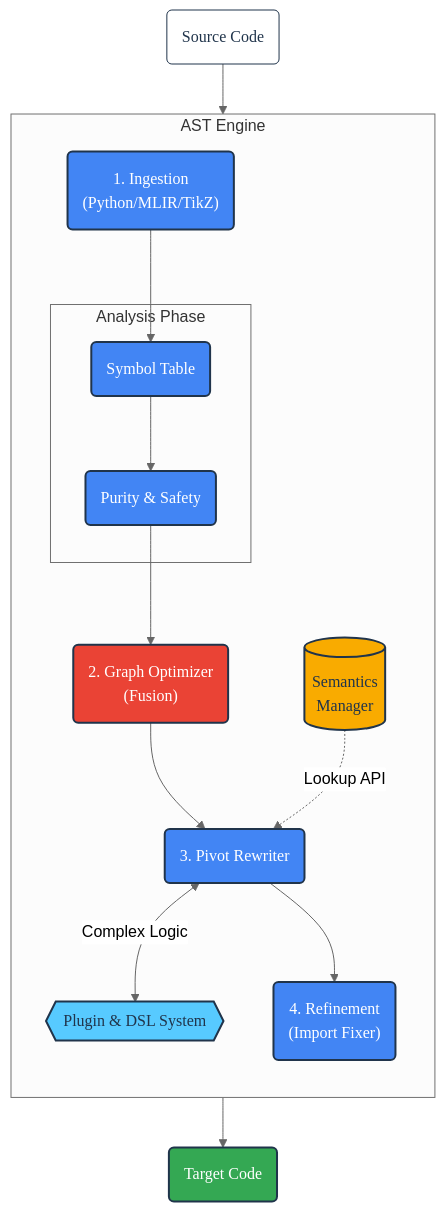
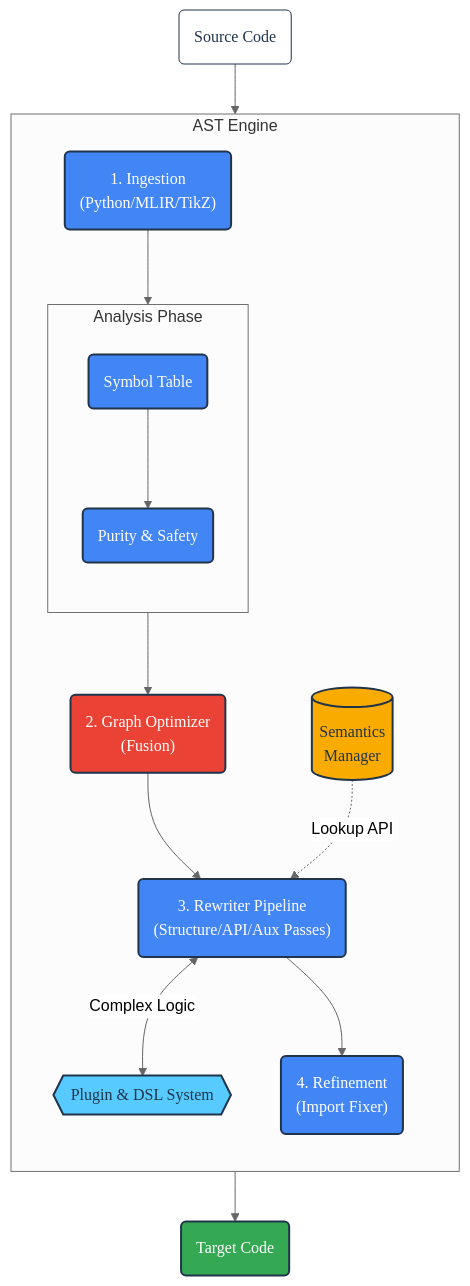
Before and after one commit to SamuelMarks/ml-switcheroo: the second of 2 diagrams in ARCHITECTURE.md, drawn with Mermaid (neutral theme). The commit also changed other lines of this file and 127 other files, not shown here.

````diff
--- a/ARCHITECTURE.md
+++ b/ARCHITECTURE.md
@@ -106,48 +106,49 @@
 ```mermaid
 graph TD
-    %% --- STYLE DEFINITIONS ---
-    classDef default font-family:'Google Sans',color:#20344b,stroke:#20344b;
-    classDef artifact fill:#ffffff,stroke:#20344b,stroke-width:1px,color:#20344b,font-family:'Roboto Mono',stroke-dasharray: 0;
-    classDef process fill:#4285f4,stroke:#20344b,stroke-width:2px,color:#ffffff,font-family:'Google Sans',rx:5px;
-    classDef optimization fill:#ea4335,stroke:#20344b,stroke-width:2px,color:#ffffff,font-family:'Google Sans',rx:5px;
-    classDef kb fill:#f9ab00,stroke:#20344b,stroke-width:2px,color:#20344b,font-family:'Google Sans',rx:5px;
-    classDef plugin fill:#57caff,stroke:#20344b,stroke-width:2px,color:#20344b,font-family:'Google Sans',rx:5px;
-    classDef output fill:#34a853,stroke:#20344b,stroke-width:2px,color:#ffffff,font-family:'Google Sans',rx:5px;
+    %% --- STYLE DEFINITIONS --- 
+    classDef default font-family:'Google Sans Normal',color:#20344b,stroke:#20344b;
+    classDef artifact fill:#ffffff,stroke:#20344b,stroke-width:1px,color:#20344b,font-family:'Roboto Mono Normal',stroke-dasharray: 0;
+    classDef process fill:#4285f4,stroke:#20344b,stroke-width:2px,color:#ffffff,font-family:'Google Sans Medium',rx:5px;
+    classDef optimization fill:#ea4335,stroke:#20344b,stroke-width:2px,color:#ffffff,font-family:'Google Sans Medium',rx:5px;
+    classDef kb fill:#f9ab00,stroke:#20344b,stroke-width:2px,color:#20344b,font-family:'Google Sans Medium',rx:5px;
+    classDef plugin fill:#57caff,stroke:#20344b,stroke-width:2px,color:#20344b,font-family:'Google Sans Medium',rx:5px;
+    classDef output fill:#34a853,stroke:#20344b,stroke-width:2px,color:#ffffff,font-family:'Google Sans Medium',rx:5px;
 
-    %% --- NODES ---
+    %% --- NODES --- 
     SRC("Source Code"):::artifact
     
-    subgraph ENGINE ["AST Engine"]
+    subgraph ENGINE [AST Engine]
         direction TB
         INGEST("1. Ingestion<br/>(Python/MLIR/TikZ)"):::process
         
-        subgraph ANALYSIS_BLOCK [" Analysis Phase "]
+        subgraph ANALYSIS_BLOCK [Analysis Phase]
+            direction TB
             SYMBOLS("Symbol Table"):::process
             PURITY("Purity & Safety"):::process
         end
 
         SERVER[("Semantics<br/>Manager")]:::kb
         
         GRAPH_OPT("2. Graph Optimizer<br/>(Fusion)"):::optimization
         
-        REWRITER("3. Pivot Rewriter"):::process
+        REWRITER("3. Rewriter Pipeline<br/>(Structure/API/Aux Passes)"):::process
         PLUGINS{{Plugin & DSL System}}:::plugin
         
         FIXER("4. Refinement<br/>(Import Fixer)"):::process
     end
     
     TGT("Target Code"):::output
 
-    %% --- EDGES ---
+    %% --- EDGES --- 
     SRC --> INGEST
     INGEST --> SYMBOLS
     SYMBOLS --> PURITY
     PURITY --> GRAPH_OPT
     
     GRAPH_OPT --> REWRITER
     SERVER -.->|"Lookup API"| REWRITER
     REWRITER <-->|"Complex Logic"| PLUGINS
     
     REWRITER --> FIXER
     FIXER --> TGT
 ```
````
